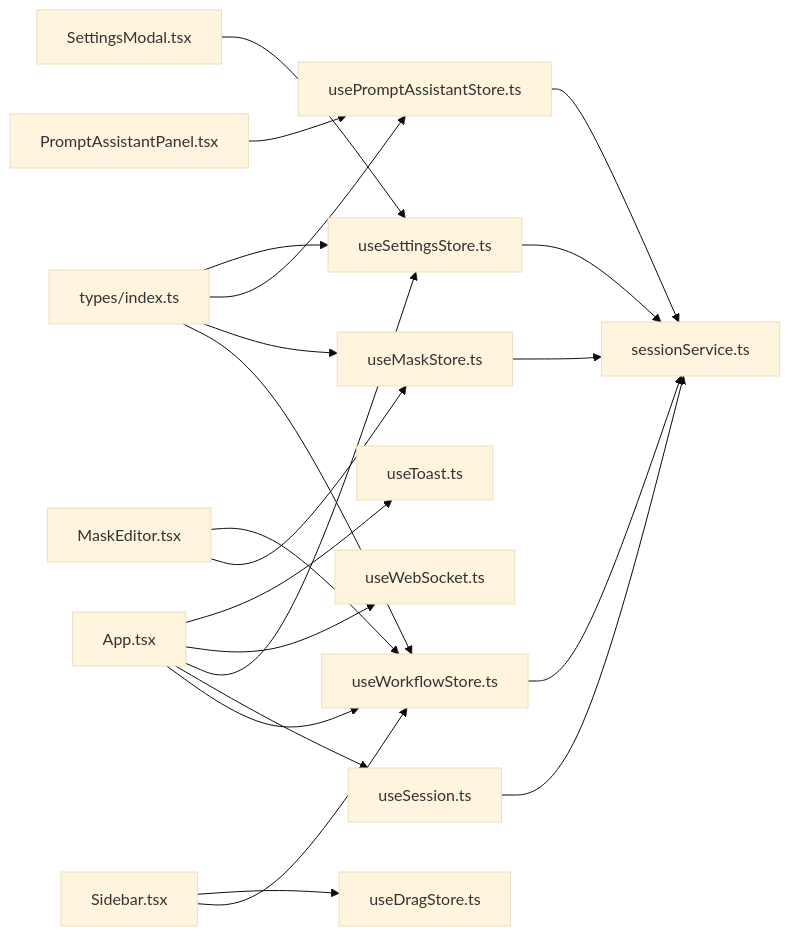
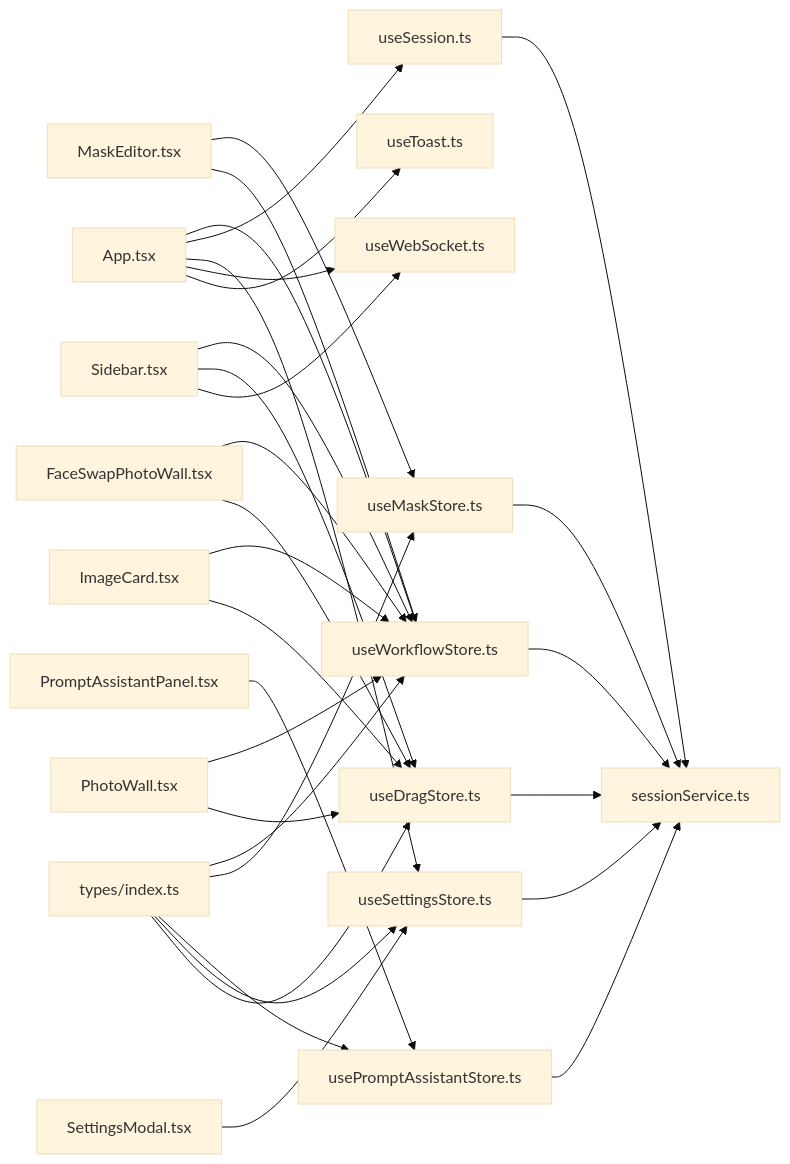
One commit to billye220670/CorineKit_Pix2Real changed the fifth of 5 diagrams in .qoder/repowiki/zh/content/项目概述/技术架构概览/前端架构设计/状态管理系统.md. Above: the diagram before and after it, drawn with Mermaid (base theme). The commit also changed other lines of this file and 54 other files, not shown here.

First line of the commit message:
feat: 模型下拉菜单元数据管理（缩略图+重命名）及session mask恢复优化

````diff
--- a/.qoder/repowiki/zh/content/项目概述/技术架构概览/前端架构设计/状态管理系统.md
+++ b/.qoder/repowiki/zh/content/项目概述/技术架构概览/前端架构设计/状态管理系统.md
@@ -304,23 +335,32 @@
 ```mermaid
 graph LR
 App["App.tsx"] --> WF["useWorkflowStore.ts"]
 App --> SES["useSession.ts"]
 App --> SET["useSettingsStore.ts"]
 App --> WS["useWebSocket.ts"]
 App --> TOAST["useToast.ts"]
 Sidebar["Sidebar.tsx"] --> WF
 Sidebar --> DRAG["useDragStore.ts"]
+Sidebar --> WS
 MaskEditor["MaskEditor.tsx"] --> MAS["useMaskStore.ts"]
 MaskEditor --> WF
 PromptPanel["PromptAssistantPanel.tsx"] --> PA["usePromptAssistantStore.ts"]
 SettingsModal["SettingsModal.tsx"] --> SET
+FaceSwap["FaceSwapPhotoWall.tsx"] --> WF
+FaceSwap --> DRAG
+ImageCard["ImageCard.tsx"] --> WF
+ImageCard --> DRAG
+PhotoWall["PhotoWall.tsx"] --> WF
+PhotoWall --> DRAG
 SES --> API["sessionService.ts"]
 WF --> API
 MAS --> API
 PA --> API
 SET --> API
+DRAG --> API
 TYPES["types/index.ts"] --> WF
 TYPES --> MAS
 TYPES --> PA
 TYPES --> SET
+TYPES --> DRAG
 ```
````
